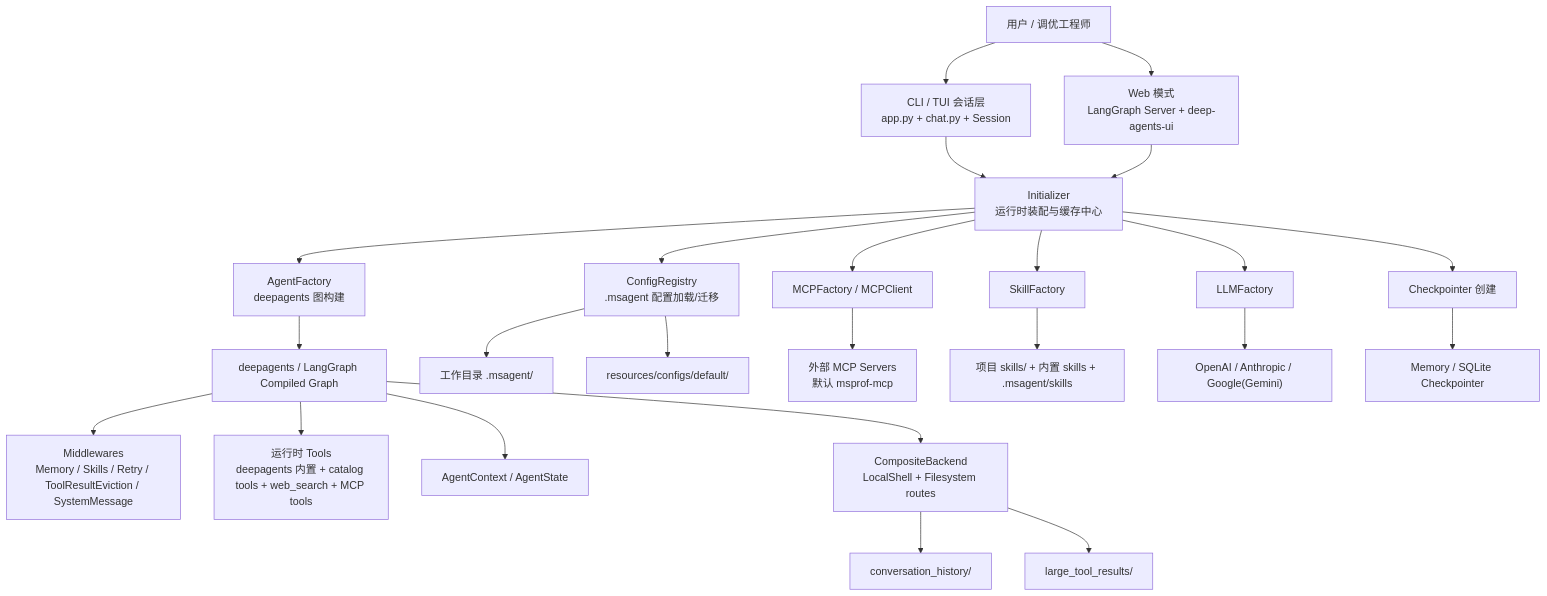
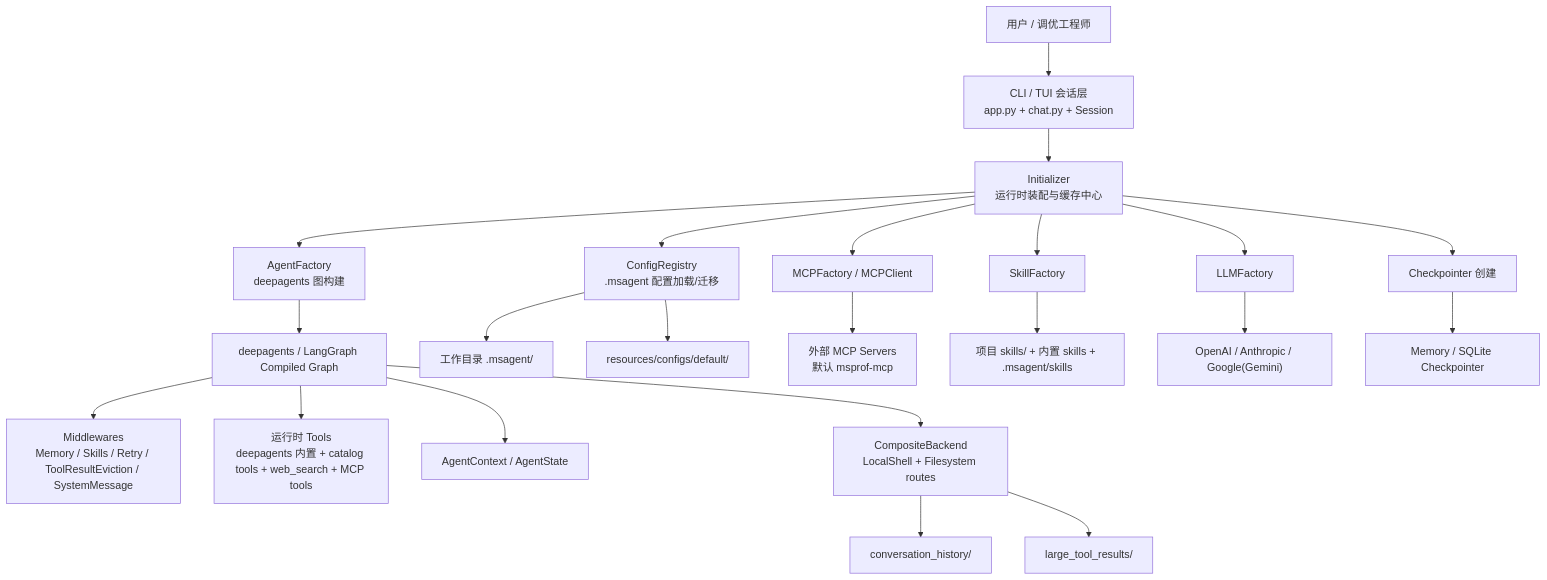
The first of 6 diagrams in msagent/docs/zh/design/msagent_design.md (mindstudio-docs/master), drawn with Mermaid before and after one commit. The commit also changed other lines of this file and 107 other files, not shown here.

````diff
--- a/msagent/docs/zh/design/msagent_design.md
+++ b/msagent/docs/zh/design/msagent_design.md
@@ -72,32 +72,30 @@
 ```mermaid
 flowchart TB
     User["用户 / 调优工程师"] --> CLI["CLI / TUI 会话层<br/>app.py + chat.py + Session"]
-    User --> WEB["Web 模式<br/>LangGraph Server + deep-agents-ui"]
 
     CLI --> INIT["Initializer<br/>运行时装配与缓存中心"]
-    WEB --> INIT
 
     INIT --> REG["ConfigRegistry<br/>.msagent 配置加载/迁移"]
     INIT --> AF["AgentFactory<br/>deepagents 图构建"]
     INIT --> MF["MCPFactory / MCPClient"]
     INIT --> SF["SkillFactory"]
     INIT --> LF["LLMFactory"]
     INIT --> CPF["Checkpointer 创建"]
 
     AF --> DAG["deepagents / LangGraph Compiled Graph"]
     DAG --> MW["Middlewares<br/>Memory / Skills / Retry / ToolResultEviction / SystemMessage"]
     DAG --> TOOLS["运行时 Tools<br/>deepagents 内置 + catalog tools + web_search + MCP tools"]
     DAG --> CTX["AgentContext / AgentState"]
 
     REG --> LOCAL["工作目录 .msagent/"]
     REG --> DEFAULTS["resources/configs/default/"]
 
     MF --> MCP["外部 MCP Servers<br/>默认 msprof-mcp"]
     SF --> SKILLS["项目 skills/ + 内置 skills + .msagent/skills"]
     LF --> MODELS["OpenAI / Anthropic / Google(Gemini)"]
     CPF --> CHECKPOINT["Memory / SQLite Checkpointer"]
 
     DAG --> BACKEND["CompositeBackend<br/>LocalShell + Filesystem routes"]
     BACKEND --> HIST["conversation_history/"]
     BACKEND --> LARGE["large_tool_results/"]
 ```
````
